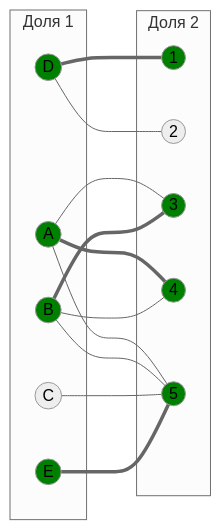
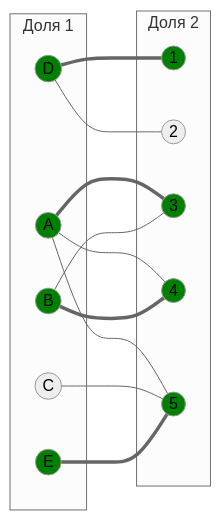
Before and after one commit to algos-ris-24-5/manual-tasks: the eighth of 16 diagrams in Задание 8/pedigree.md, drawn with Mermaid (neutral theme). The commit also changed other lines of this file, not shown here.

````diff
--- a/Задание 8/pedigree.md
+++ b/Задание 8/pedigree.md
@@ -194,36 +255,35 @@
 ```mermaid
 graph LR
     subgraph "Доля 1"
         A((A))
         B((B))
         C((C))
         D((D))
         E((E))
     end
     subgraph "Доля 2"
         1((1))
         2((2))
         3((3))
         4((4))
         5((5))
     end
-    A --- 3
-    A === 4
+    A === 3
+    A --- 4
     A --- 5
-    B === 3
-    B --- 4
-    B --- 5
+    B --- 3
+    B === 4
     C --- 5
     D === 1
     D --- 2
     E === 5
     
     style A fill:#008000
     style B fill:#008000
     style D fill:#008000
     style E fill:#008000
     style 3 fill:#008000
     style 1 fill:#008000
+    style 5 fill:#008000
     style 4 fill:#008000
-    style 5 fill:#008000
 ```
````
